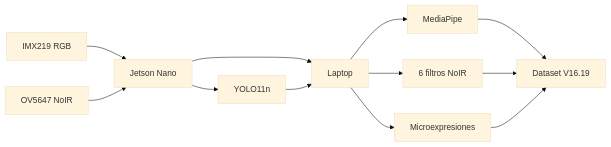
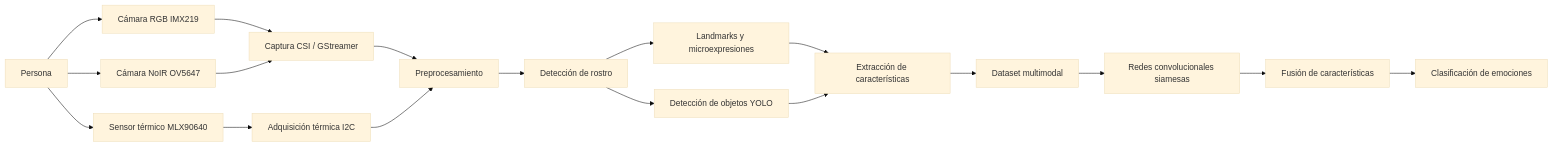
One commit to LuisCasas23-cell/Clasificaci-n-de-v-deo-RGB-y-termogr-fico-mediante-redes-convolucionales-siamesas changed the first of 3 diagrams in README.md. Above: the diagram before and after it, drawn with Mermaid (base theme). The commit also changed other lines of this file, not shown here.

````diff
--- a/README.md
+++ b/README.md
@@ -41,14 +37,25 @@
 ```mermaid
 flowchart LR
-    RGB[IMX219 RGB] --> J[Jetson Nano]
-    N[OV5647 NoIR] --> J
-    J --> Y[YOLO11n]
-    J --> L[Laptop]
-    Y --> L
-    L --> MP[MediaPipe]
-    L --> F[6 filtros NoIR]
-    L --> M[Microexpresiones]
-    MP --> D[Dataset V16.19]
-    F --> D
-    M --> D
+    A[Persona] --> B[Cámara RGB IMX219]
+    A --> C[Cámara NoIR OV5647]
+    A --> D[Sensor térmico MLX90640]
+
+    B --> E[Captura CSI / GStreamer]
+    C --> E
+    D --> F[Adquisición térmica I2C]
+
+    E --> G[Preprocesamiento]
+    F --> G
+
+    G --> H[Detección de rostro]
+    H --> I[Landmarks y microexpresiones]
+    H --> J[Detección de objetos YOLO]
+
+    I --> K[Extracción de características]
+    J --> K
+
+    K --> L[Dataset multimodal]
+    L --> M[Redes convolucionales siamesas]
+    M --> N[Fusión de características]
+    N --> O[Clasificación de emociones]
 ```
````
